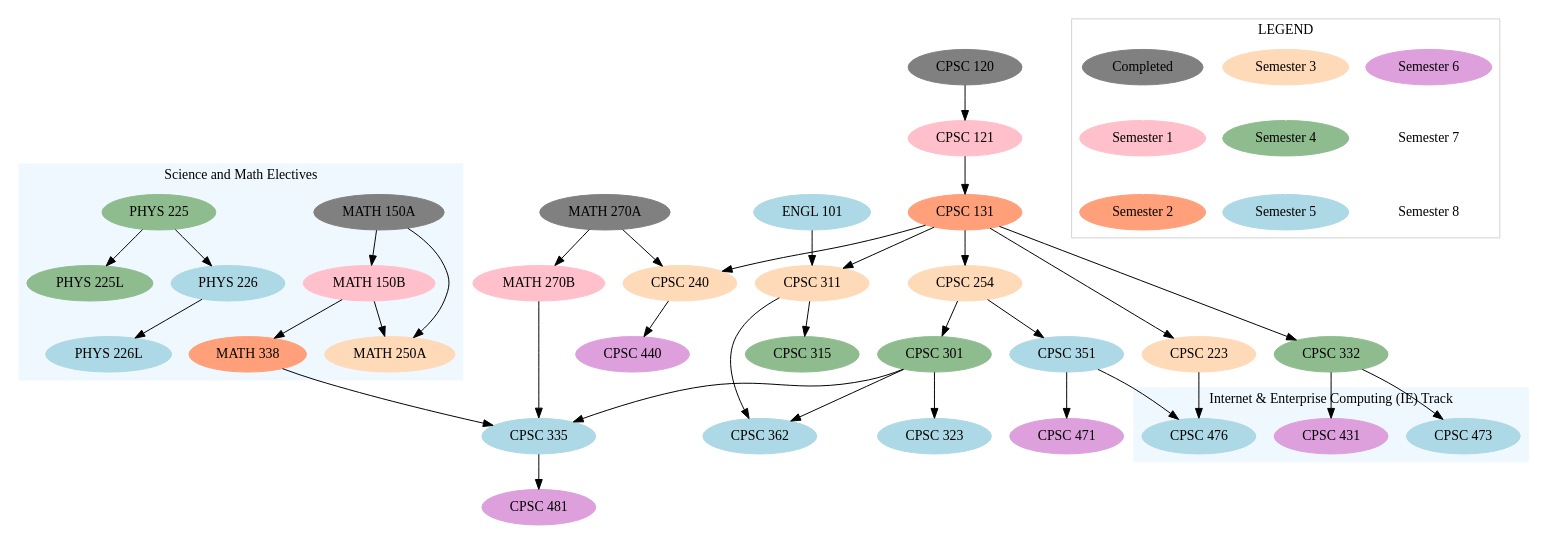
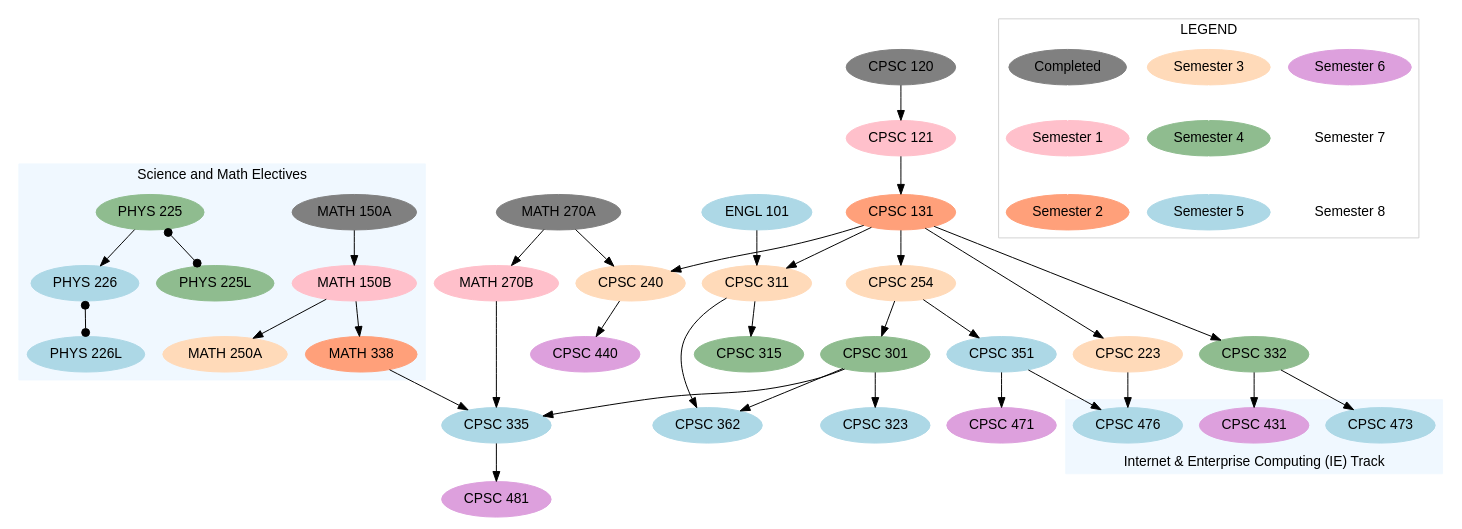
One commit to danaoira/Curriculum-Graph-Visualizer changed the diagram in idealcgv.gv. Above: the diagram before and after it, drawn with Graphviz. The commit also changed 5 other files, not shown here.

Commit message:
Fixed errors in Ideal IE track graph

```diff
--- a/idealcgv.gv
+++ b/idealcgv.gv
@@ -1,109 +1,112 @@
 digraph idealcgv {
+	graph [fontname=Helvetica]
+	node [fontname=Helvetica]
 	node [color=grey style=filled]
 	"MATH 150A"
 	"MATH 270A"
 	"CPSC 120"
 	node [color=pink style=filled]
 	"MATH 150B"
 	"MATH 270B"
 	"CPSC 121"
 	node [color=lightsalmon style=filled]
 	"CPSC 131"
 	"MATH 338"
 	node [color=peachpuff style=filled]
 	"MATH 250A"
 	"CPSC 240"
 	"CPSC 254"
 	"CPSC 223"
 	"CPSC 311"
 	node [color=darkseagreen style=filled]
 	"PHYS 225"
 	"PHYS 225L"
 	"CPSC 301"
 	"CPSC 332"
 	"CPSC 315"
 	node [color=lightblue style=filled]
 	"PHYS 226"
 	"PHYS 226L"
 	"CPSC 335"
 	"CPSC 351"
 	"CPSC 323"
 	"CPSC 362"
 	node [color=plum style=filled]
 	"CPSC 481"
 	"CPSC 471"
 	"CPSC 440"
 	"CPSC 431"
 	node [color=lightblue style=filled]
 	"CPSC 473"
 	"CPSC 476"
 		"CPSC 120" -> "CPSC 121"
 		"CPSC 121" -> "CPSC 131"
 		"CPSC 131" -> "CPSC 223"
 		"CPSC 131" -> "CPSC 240"
 		"CPSC 131" -> "CPSC 254"
 		"CPSC 131" -> "CPSC 311"
 		"CPSC 131" -> "CPSC 332"
 		"CPSC 240" -> "CPSC 440"
 		"CPSC 254" -> "CPSC 301"
 		"CPSC 254" -> "CPSC 351"
 		"CPSC 301" -> "CPSC 323"
 		"CPSC 301" -> "CPSC 335"
 		"CPSC 301" -> "CPSC 362"
 		"CPSC 311" -> "CPSC 315"
 		"CPSC 311" -> "CPSC 362"
 		"CPSC 335" -> "CPSC 481"
 		"CPSC 351" -> "CPSC 471"
 		"ENGL 101" -> "CPSC 311"
 		"MATH 150A" -> "MATH 150B"
 		"MATH 150B" -> "MATH 338"
 		"MATH 270A" -> "CPSC 240"
 		"MATH 270A" -> "MATH 270B"
 		"MATH 270B" -> "CPSC 335"
 		"MATH 338" -> "CPSC 335"
 		"CPSC 332" -> "CPSC 431"
 		"CPSC 332" -> "CPSC 473"
 		"CPSC 223" -> "CPSC 476"
 		"CPSC 351" -> "CPSC 476"
 	subgraph cluster_1 {
 	label = "Science and Math Electives"
-	color=aliceblue
-	style=filled
-			"MATH 150A" -> "MATH 250A"
+	color = aliceblue
+	style = filled
 			"MATH 150B" -> "MATH 250A"
-			"PHYS 225" -> "PHYS 225L"
+			"PHYS 225" -> "PHYS 225L" [label="" arrowhead=dot arrowtail=dot dir=both]
 			"PHYS 225" -> "PHYS 226"
-			"PHYS 226" -> "PHYS 226L"
+			"PHYS 226" -> "PHYS 226L" [label="" arrowhead=dot arrowtail=dot dir=both]
+		"MATH 150A"
 		"MATH 250A"
 		"MATH 338"
 	}
 	subgraph cluster_2 {
 	label = "Internet & Enterprise Computing (IE) Track"
-	color=aliceblue
-	style=filled
+	labelloc = "b"
+	color = aliceblue
+	style = filled
 		"CPSC 431"
 		"CPSC 473"
 		"CPSC 476"
 	}
 	subgraph cluster_0 {
 		node [color=white style=filled]
 		edge [color=white]
 		label = "LEGEND"
 		color=lightgrey
 			"Semester 6" [color=plum]
 			"Semester 7"
 			"Semester 3" [color=peachpuff]
 			"Semester 4" [color=darkseagreen]
 			"Semester 5" [color=lightblue]
 			Completed [color=grey]
 			"Semester 1" [color=pink]
 			"Semester 2" [color=lightsalmon]
 			"Semester 8"
 				"Semester 6" -> "Semester 7"
 				"Semester 7" -> "Semester 8"
 				"Semester 3" -> "Semester 4"
 				"Semester 4" -> "Semester 5"
 				Completed -> "Semester 1"
 				"Semester 1" -> "Semester 2"
 	}
 }
```
